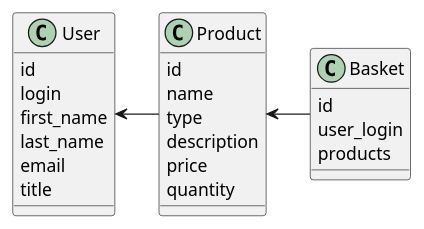
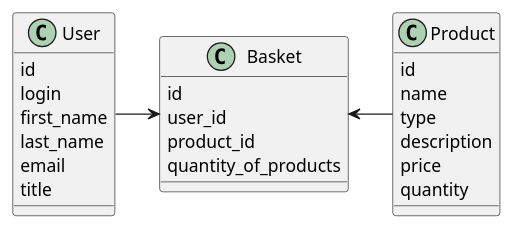
The second of 2 diagrams in components.md (djeimi/arch_homework), drawn with PlantUML before and after one commit. The commit also changed other lines of this file and 1 other file, not shown here.

````diff
--- a/components.md
+++ b/components.md
@@ -79,32 +82,33 @@
 ```puml
 @startuml
 
 class User {
   id
   login
   first_name
   last_name
   email
   title
 }
 
 class Product {
   id
   name
   type
   description
   price
   quantity
 }
 
-class Basket {
+class Basket{
   id
-  user_login
-  products
+  user_id
+  product_id
+  quantity_of_products
 }
 
-User <- Product
-Product <- Basket
+Basket <- Product
+User -> Basket
 
 @enduml
 ```
````
